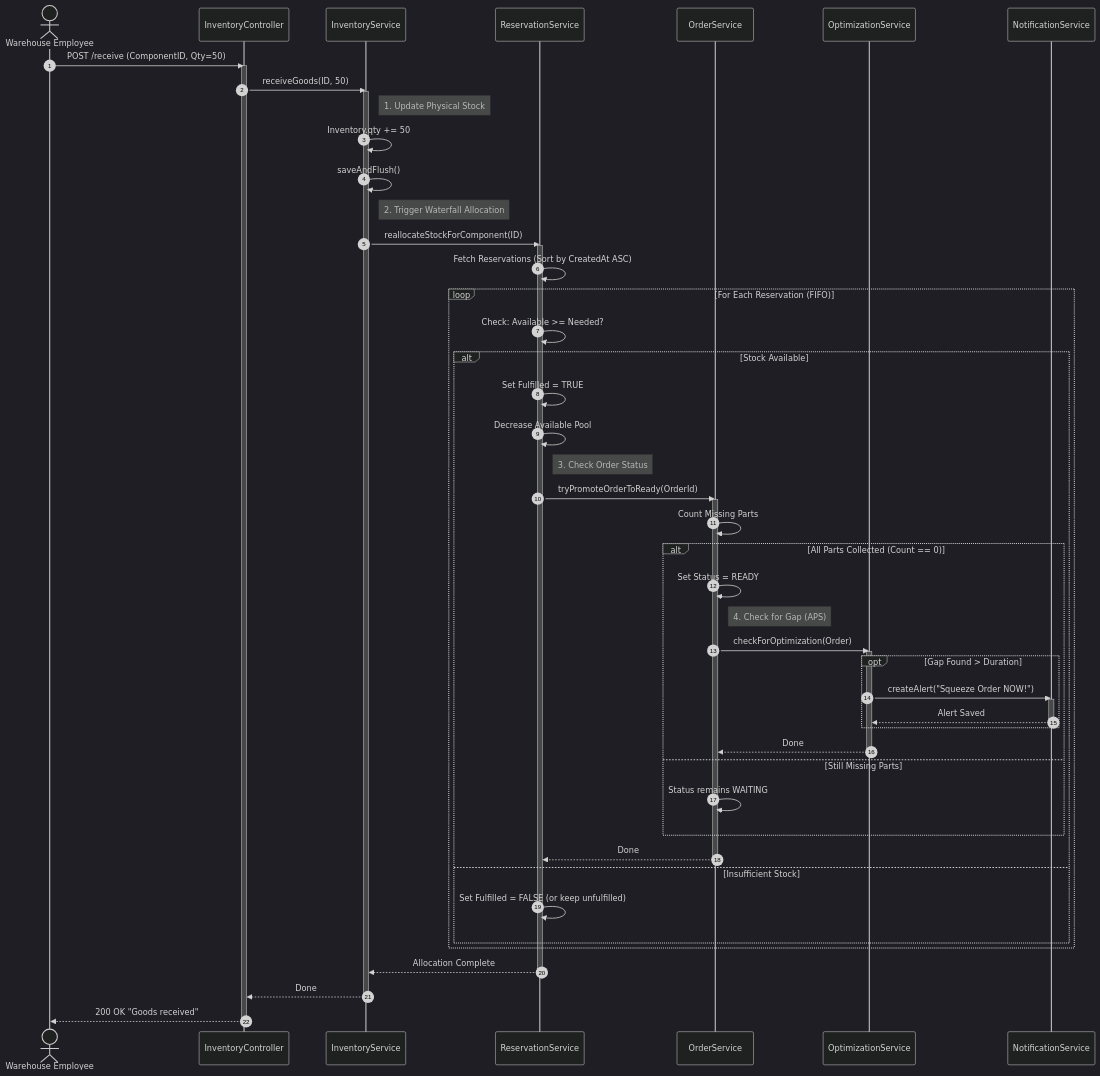
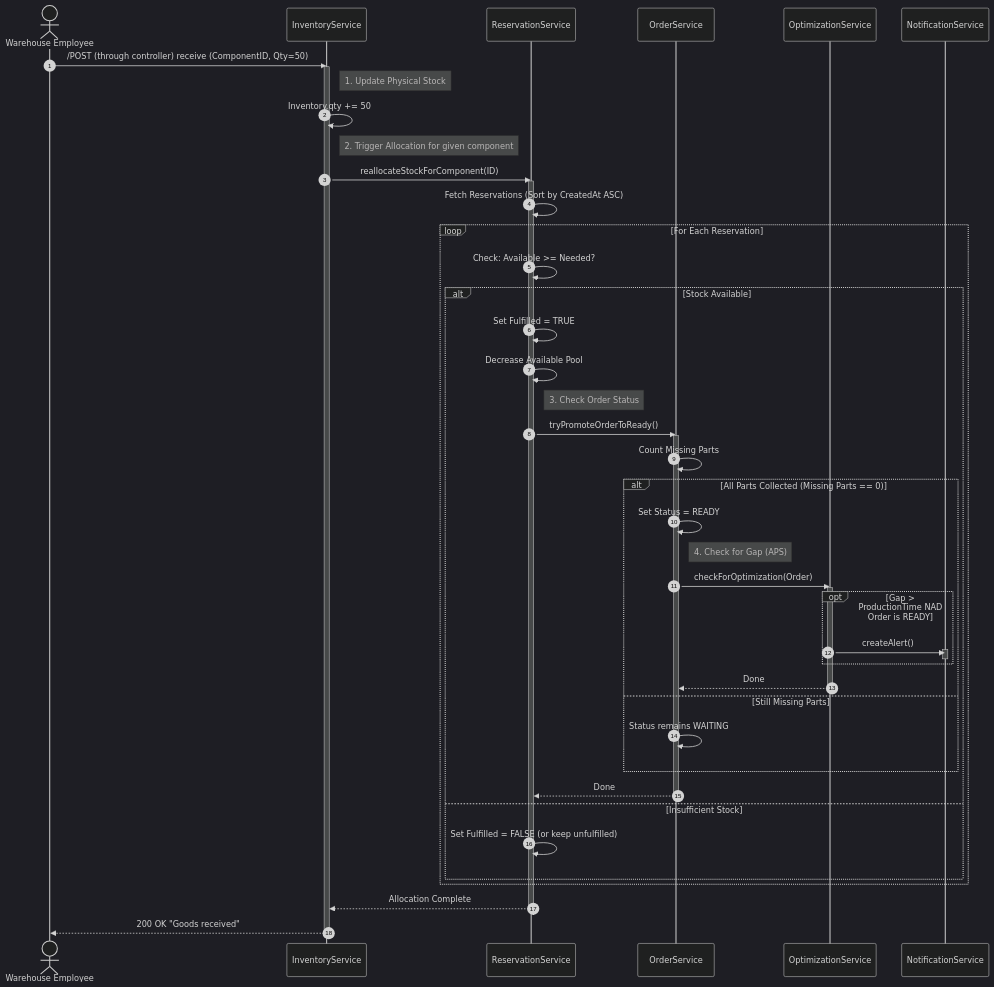
Before and after one commit to Antizore/CableERP: the second of 4 diagrams in README.md, drawn with Mermaid (dark theme).

Commit message:
Update sequence diagram in README.md

````diff
--- a/README.md
+++ b/README.md
@@ -111,74 +111,70 @@
 ```mermaid
 
 sequenceDiagram
     autonumber
     actor User as Warehouse Employee
-    participant IC as InventoryController
     participant IS as InventoryService
     participant RS as ReservationService
     participant OS as OrderService
     participant OPTI as OptimizationService
     participant NS as NotificationService
 
-    User->>IC: POST /receive (ComponentID, Qty=50)
-    activate IC
-    IC->>IS: receiveGoods(ID, 50)
+    User->>IS: /POST (through controller) receive (ComponentID, Qty=50)
     activate IS
+
     
     note right of IS: 1. Update Physical Stock
     IS->>IS: Inventory.qty += 50
-    IS->>IS: saveAndFlush()
 
-    note right of IS: 2. Trigger Waterfall Allocation
+
+    note right of IS: 2. Trigger Allocation for given component
     IS->>RS: reallocateStockForComponent(ID)
     activate RS
     
     RS->>RS: Fetch Reservations (Sort by CreatedAt ASC)
     
-    loop For Each Reservation (FIFO)
+    loop For Each Reservation
         RS->>RS: Check: Available >= Needed?
         
         alt Stock Available
             RS->>RS: Set Fulfilled = TRUE
             RS->>RS: Decrease Available Pool
             
             note right of RS: 3. Check Order Status
-            RS->>OS: tryPromoteOrderToReady(OrderId)
+            RS->>OS: tryPromoteOrderToReady()
             activate OS
             OS->>OS: Count Missing Parts
             
-            alt All Parts Collected (Count == 0)
+            alt All Parts Collected (Missing Parts == 0)
                 OS->>OS: Set Status = READY
                 
                 note right of OS: 4. Check for Gap (APS)
                 OS->>OPTI: checkForOptimization(Order)
                 activate OPTI
-                opt Gap Found > Duration
-                    OPTI->>NS: createAlert("Squeeze Order NOW!")
+                opt Gap > ProductionTime NAD Order is READY
+                    OPTI->>NS: createAlert()
                     activate NS
-                    NS-->>OPTI: Alert Saved
                     deactivate NS
                 end
                 OPTI-->>OS: Done
                 deactivate OPTI
                 
             else Still Missing Parts
                 OS->>OS: Status remains WAITING
             end
             OS-->>RS: Done
             deactivate OS
 
         else Insufficient Stock
             RS->>RS: Set Fulfilled = FALSE (or keep unfulfilled)
         end
     end
 
     RS-->>IS: Allocation Complete
     deactivate RS
-    IS-->>IC: Done
+    IS-->>User: 200 OK "Goods received"
     deactivate IS
-    IC-->>User: 200 OK "Goods received"
-    deactivate IC
+
 
 
 ```
````
